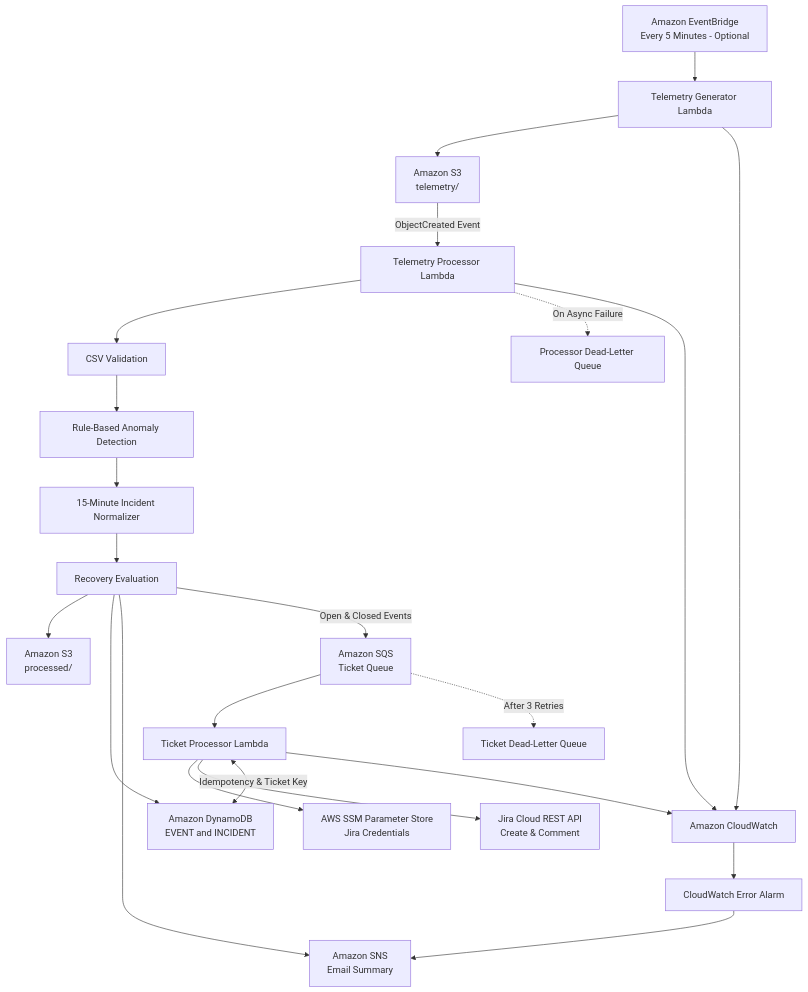
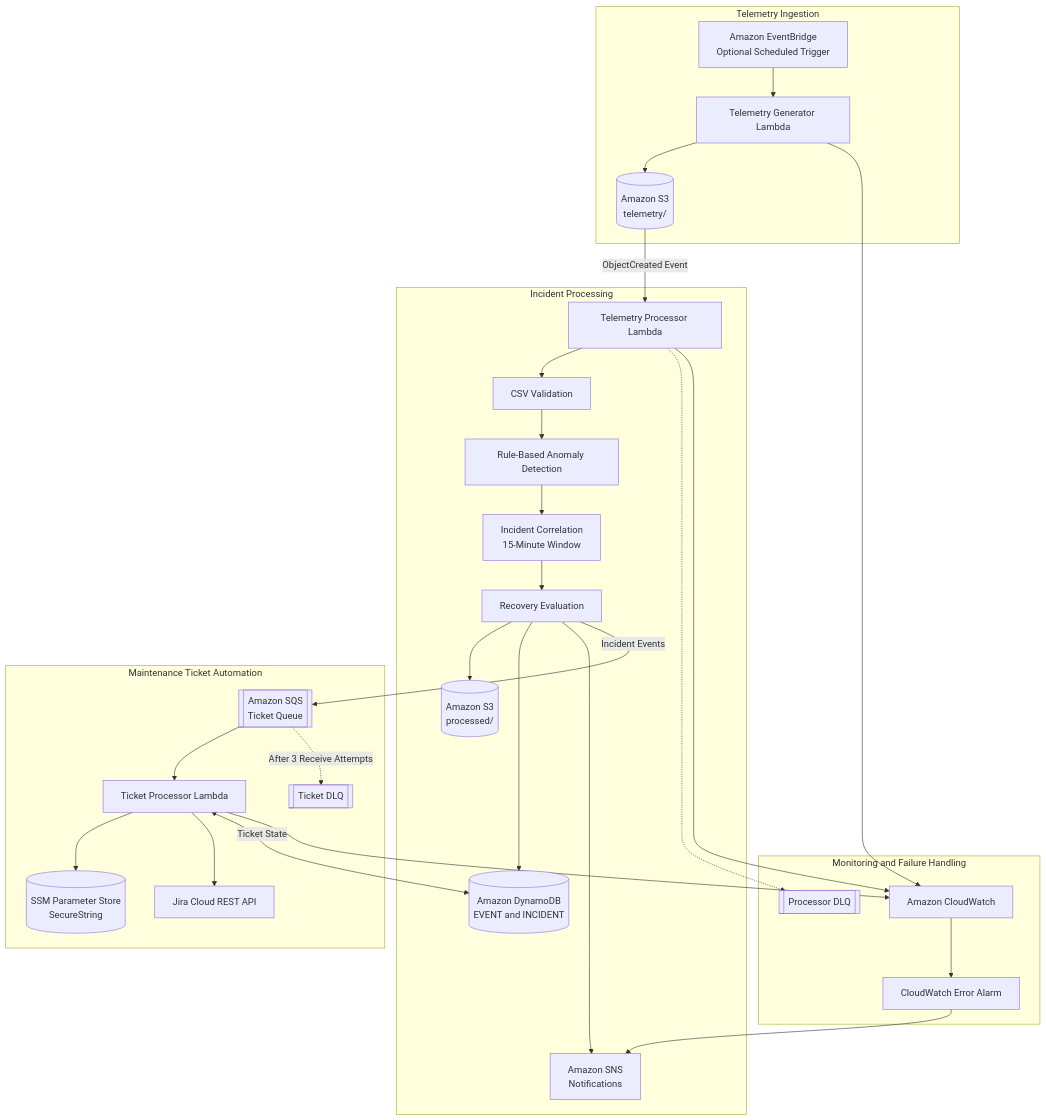
Before and after one commit to rushikeshgokhe/solar-asset-monitoring: the diagram in README.md, drawn with Mermaid. The commit also changed other lines of this file, not shown here.

````diff
--- a/README.md
+++ b/README.md
@@ -47,31 +44,62 @@
 ```mermaid
-flowchart TD
-    A[Amazon EventBridge<br/>Every 5 Minutes - Optional] --> B[Telemetry Generator Lambda]
-    B --> C[Amazon S3<br/>telemetry/]
+flowchart TB
 
-    C -->|ObjectCreated Event| D[Telemetry Processor Lambda]
+    subgraph A["Telemetry Ingestion"]
+        EB["Amazon EventBridge<br/>Optional Scheduled Trigger"]
+        GEN["Telemetry Generator Lambda"]
+        S3IN[("Amazon S3<br/>telemetry/")]
 
-    D --> E[CSV Validation]
-    E --> F[Rule-Based Anomaly Detection]
-    F --> G[15-Minute Incident Normalizer]
-    G --> H[Recovery Evaluation]
+        EB --> GEN
+        GEN --> S3IN
+    end
 
-    H --> I[Amazon S3<br/>processed/]
-    H --> J[Amazon DynamoDB<br/>EVENT and INCIDENT]
-    H --> K[Amazon SNS<br/>Email Summary]
-    H -->|Open & Closed Events| L[Amazon SQS<br/>Ticket Queue]
+    subgraph B["Incident Processing"]
+        PROC["Telemetry Processor Lambda"]
+        VALID["CSV Validation"]
+        DETECT["Rule-Based Anomaly Detection"]
+        NORMAL["Incident Correlation<br/>15-Minute Window"]
+        RECOVERY["Recovery Evaluation"]
 
-    L --> M[Ticket Processor Lambda]
-    M --> N[AWS SSM Parameter Store<br/>Jira Credentials]
-    M --> O[Jira Cloud REST API<br/>Create & Comment]
-    M <-->|Idempotency & Ticket Key| J
+        S3OUT[("Amazon S3<br/>processed/")]
+        DDB[("Amazon DynamoDB<br/>EVENT and INCIDENT")]
+        SNS["Amazon SNS<br/>Notifications"]
 
-    D -.->|On Async Failure| P[Processor Dead-Letter Queue]
-    L -.->|After 3 Retries| Q[Ticket Dead-Letter Queue]
+        PROC --> VALID
+        VALID --> DETECT
+        DETECT --> NORMAL
+        NORMAL --> RECOVERY
+        RECOVERY --> S3OUT
+        RECOVERY --> DDB
+        RECOVERY --> SNS
+    end
 
-    B --> R[Amazon CloudWatch]
-    D --> R
-    M --> R
-    R --> S[CloudWatch Error Alarm]
-    S --> K
+    S3IN -->|"ObjectCreated Event"| PROC
+
+    subgraph C["Maintenance Ticket Automation"]
+        QUEUE[["Amazon SQS<br/>Ticket Queue"]]
+        TICKET["Ticket Processor Lambda"]
+        SSM[("SSM Parameter Store<br/>SecureString")]
+        JIRA["Jira Cloud REST API"]
+
+        QUEUE --> TICKET
+        TICKET --> SSM
+        TICKET --> JIRA
+        TICKET <-->|"Ticket State"| DDB
+        QUEUE -.->|"After 3 Receive Attempts"| DLQ2[["Ticket DLQ"]]
+    end
+
+    RECOVERY -->|"Incident Events"| QUEUE
+
+    subgraph D["Monitoring and Failure Handling"]
+        CW["Amazon CloudWatch"]
+        ALARM["CloudWatch Error Alarm"]
+        DLQ1[["Processor DLQ"]]
+
+        PROC -.-> DLQ1
+        GEN --> CW
+        PROC --> CW
+        TICKET --> CW
+        CW --> ALARM
+        ALARM --> SNS
+    end
 ```
````
